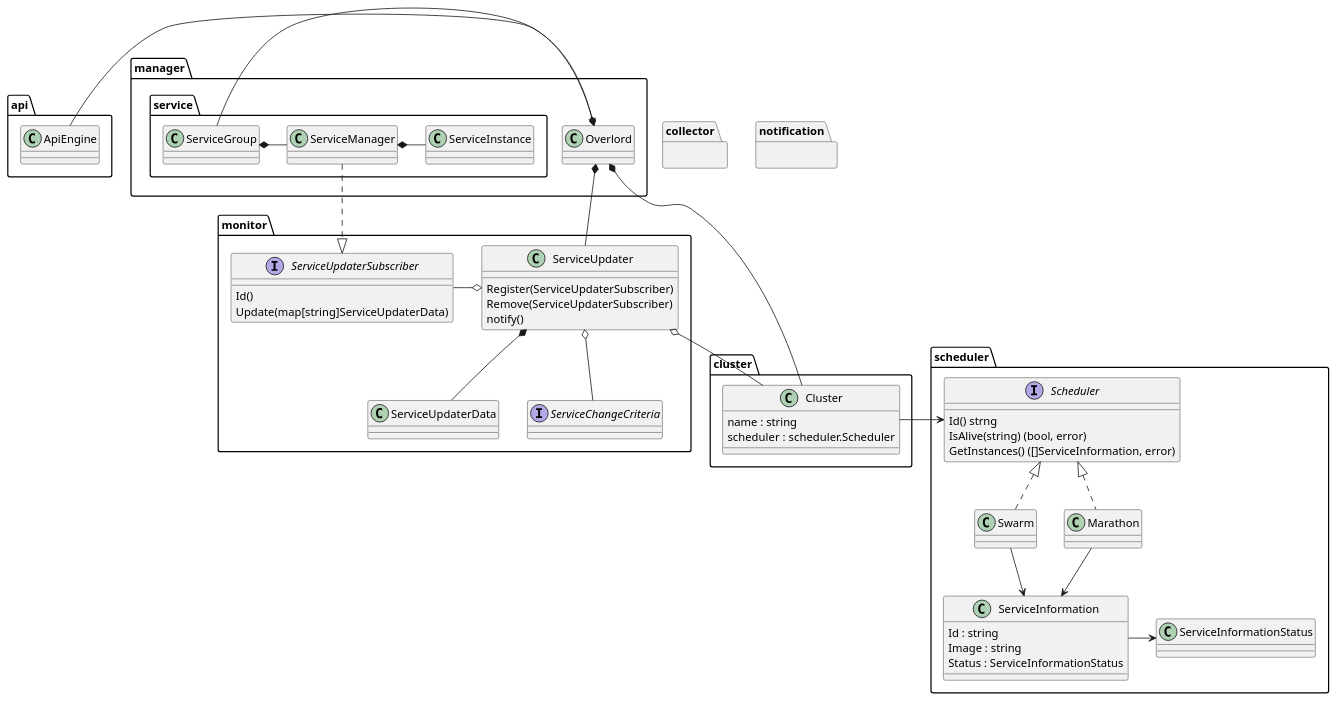
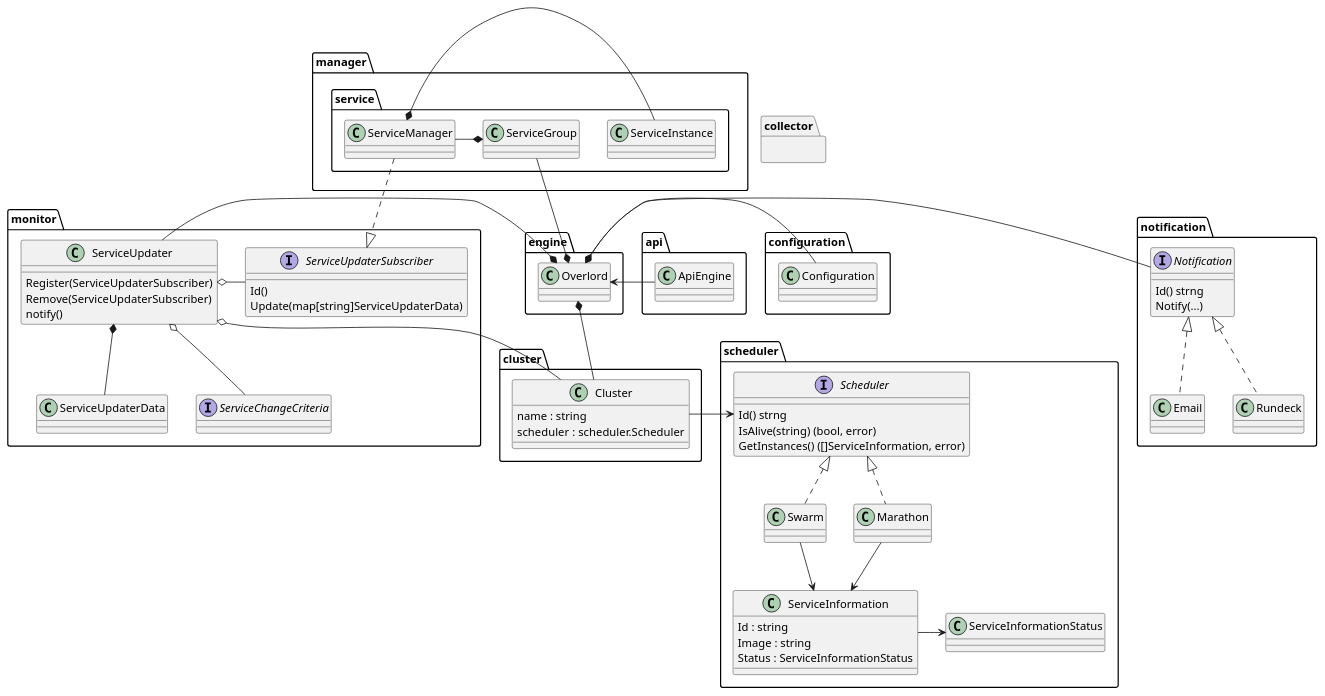
The diagram in arquitectura.puml (ch3lo/overlord), drawn with PlantUML before and after one commit. The commit also changed 3 other files, not shown here.

```diff
--- a/arquitectura.puml
+++ b/arquitectura.puml
@@ -1,86 +1,105 @@
 @startuml
 package manager {
-    class Overlord
 
     package service {
         class ServiceGroup
         class ServiceManager
         class ServiceInstance
+
+        ServiceGroup *- ServiceManager
+        ServiceManager *- ServiceInstance
     }
+}
+
+package engine {
+    class Overlord
+}
+
+package configuration {
+  class Configuration
 }
 
 package cluster {
     class Cluster {
         name : string
         scheduler : scheduler.Scheduler
     }
 }
 
 package monitor {
     class ServiceUpdater {
         Register(ServiceUpdaterSubscriber)
         Remove(ServiceUpdaterSubscriber)
         notify()
     }
     interface ServiceUpdaterSubscriber {
         Id()
         Update(map[string]ServiceUpdaterData)
     }
     class ServiceUpdaterData
     interface ServiceChangeCriteria
+
+    ServiceUpdater o- ServiceUpdaterSubscriber
+    ServiceUpdater *-- ServiceUpdaterData
+    ServiceUpdater o-- ServiceChangeCriteria
 }
 
 package collector {
 }
 
 package notification {
+    interface Notification {
+        Id() strng
+        Notify(...)
+    }
+
+    class Email
+    class Rundeck
+
+    Notification <|.. Email
+    Notification <|.. Rundeck
 }
 
 package api {
   class ApiEngine
 }
 
 package scheduler {
     interface Scheduler {
         Id() strng
         IsAlive(string) (bool, error)
         GetInstances() ([]ServiceInformation, error)
     }
 
     class ServiceInformation {
         Id : string
         Image : string
         Status : ServiceInformationStatus
     }
 
     class Swarm
     class Marathon
     class ServiceInformationStatus
+
+    Scheduler <|.. Swarm
+    Scheduler <|.. Marathon
+
+    Swarm --> ServiceInformation
+    Marathon --> ServiceInformation
+    ServiceInformation -> ServiceInformationStatus
 }
-
 
 ApiEngine -> Overlord
 
+ServiceManager ..|> ServiceUpdaterSubscriber
 ServiceGroup -* Overlord
-ServiceGroup *- ServiceManager
-ServiceManager *- ServiceInstance
 
-ServiceManager ..|> ServiceUpdaterSubscriber
 
 Overlord *- ServiceUpdater
 Overlord *- Cluster
-
-Swarm --> ServiceInformation
-Marathon --> ServiceInformation
-ServiceInformation -> ServiceInformationStatus
-
-Scheduler <|.. Swarm
-Scheduler <|.. Marathon
+Overlord o- Configuration
+Overlord *- Notification
 
 Cluster -> Scheduler
 ServiceUpdater o-- Cluster
-
-ServiceUpdater o- ServiceUpdaterSubscriber
-ServiceUpdater *-- ServiceUpdaterData
-ServiceUpdater o-- ServiceChangeCriteria
 @enduml
```
